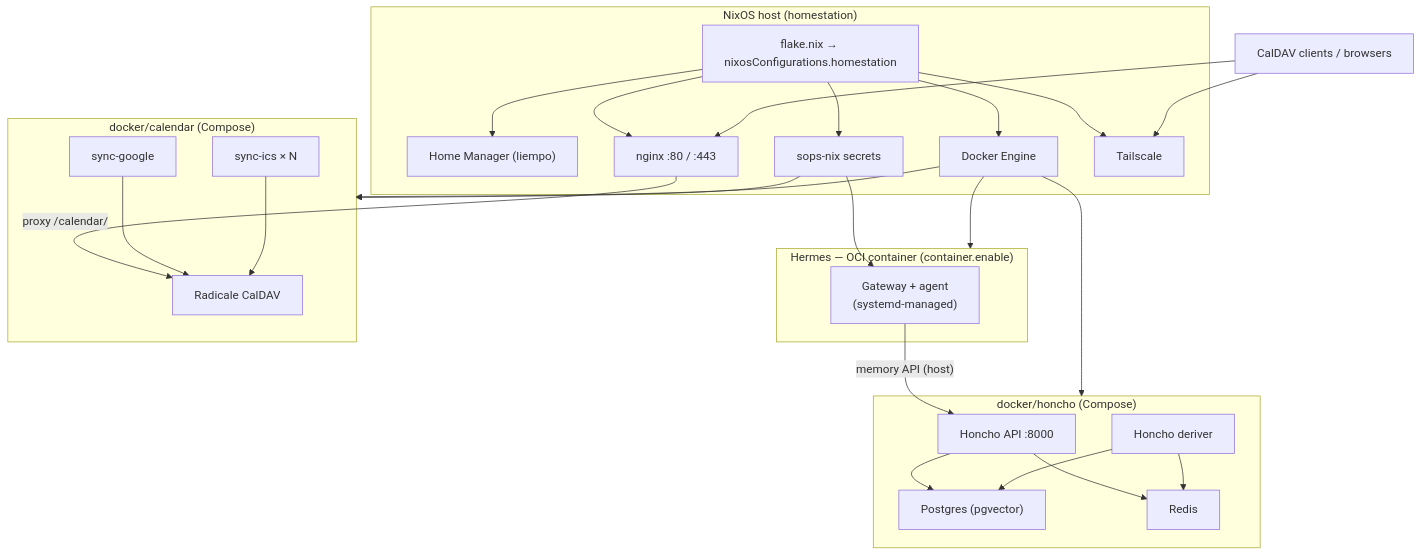
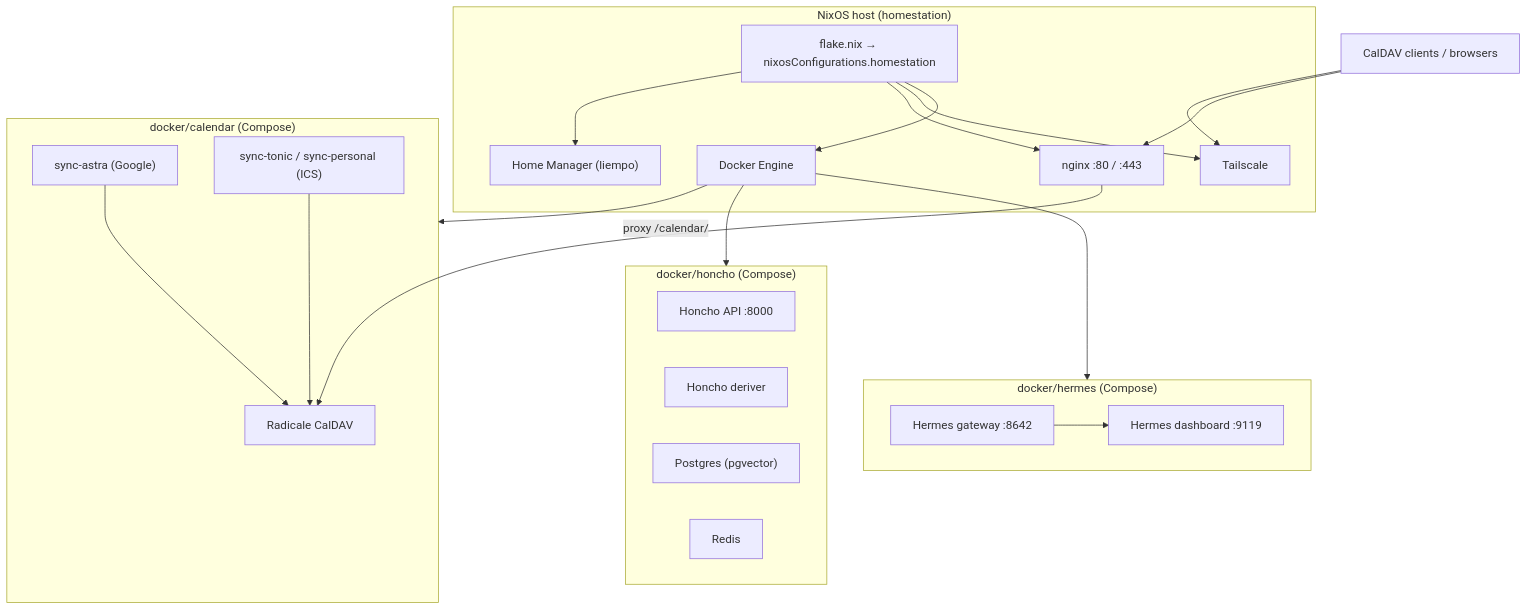
The diagram in README.md (liempo/dots.home), drawn with Mermaid before and after one commit. The commit also changed other lines of this file and 17 other files, not shown here.

Commit message:
Move hermes back to compose stack

````diff
--- a/README.md
+++ b/README.md
@@ -19,54 +17,46 @@
 ```mermaid
 flowchart TB
   subgraph host["NixOS host (homestation)"]
     flake["flake.nix → nixosConfigurations.homestation"]
     hm["Home Manager (liempo)"]
-    sops["sops-nix secrets"]
     docker["Docker Engine"]
     nginx["nginx :80 / :443"]
     ts["Tailscale"]
   end
 
-  subgraph hermes_oci["Hermes — OCI container (container.enable)"]
-    hermes["Gateway + agent\n(systemd-managed)"]
+  subgraph compose_hermes["docker/hermes (Compose)"]
+    h_gw["Hermes gateway :8642"]
+    h_dash["Hermes dashboard :9119"]
   end
 
   subgraph compose_cal["docker/calendar (Compose)"]
     rad["Radicale CalDAV"]
-    s_g["sync-google"]
-    s_i["sync-ics × N"]
+    s_g["sync-astra (Google)"]
+    s_t["sync-tonic / sync-personal (ICS)"]
   end
 
   subgraph compose_honcho["docker/honcho (Compose)"]
     h_api["Honcho API :8000"]
     h_der["Honcho deriver"]
     h_pg["Postgres (pgvector)"]
     h_rd["Redis"]
   end
 
   flake --> hm
-  flake --> sops
   flake --> nginx
   flake --> ts
   flake --> docker
-
-  sops --> hermes
-  sops --> compose_cal
 
   clients["CalDAV clients / browsers"] --> ts
   clients --> nginx
   nginx -->|"proxy /calendar/ "| rad
 
   s_g --> rad
-  s_i --> rad
+  s_t --> rad
 
   docker --> compose_cal
   docker --> compose_honcho
-  docker --> hermes_oci
+  docker --> compose_hermes
 
-  hermes -->|"memory API (host)"| h_api
-  h_api --> h_pg
-  h_api --> h_rd
-  h_der --> h_pg
-  h_der --> h_rd
+  h_gw --> h_dash
 ```
````
